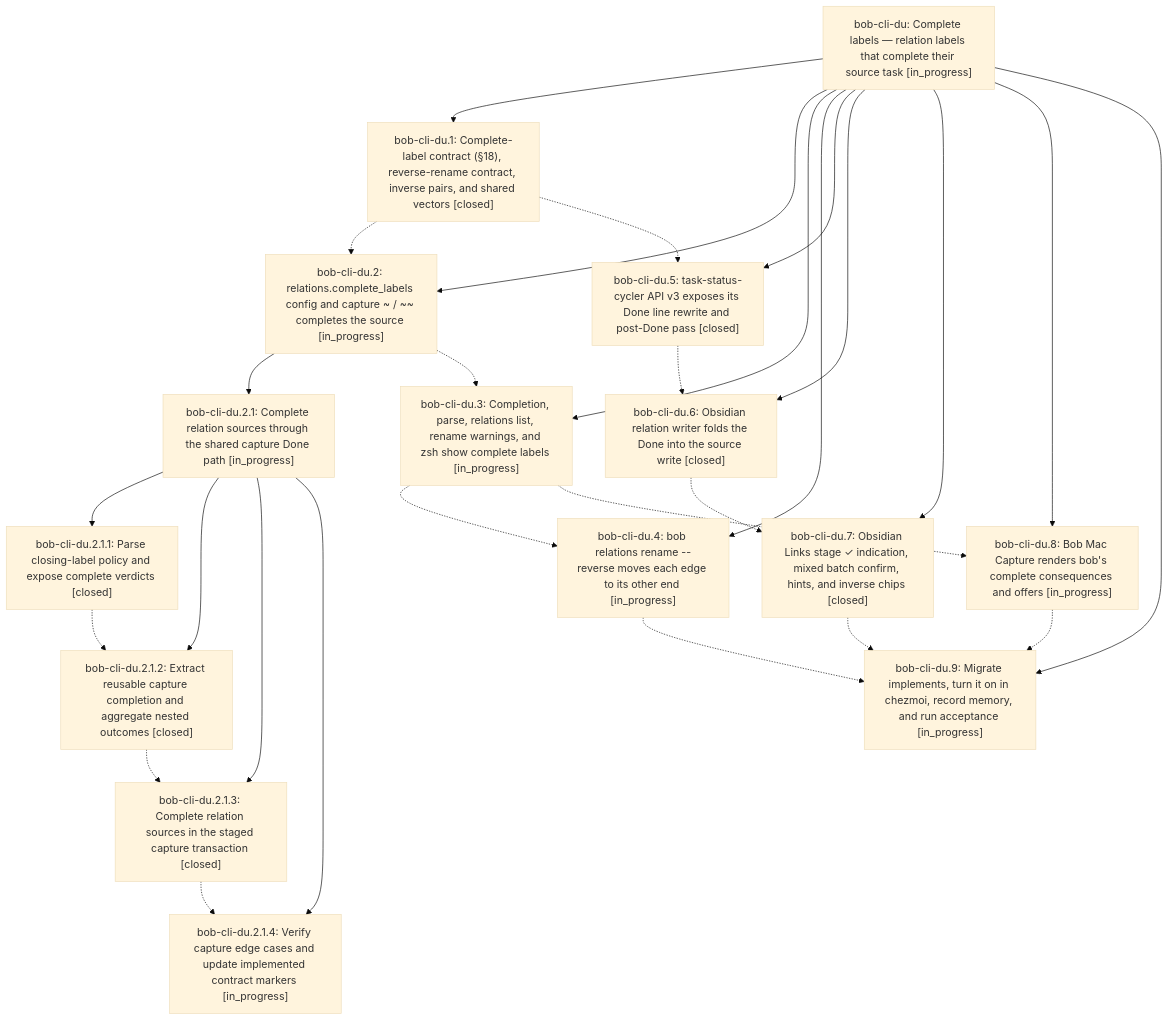
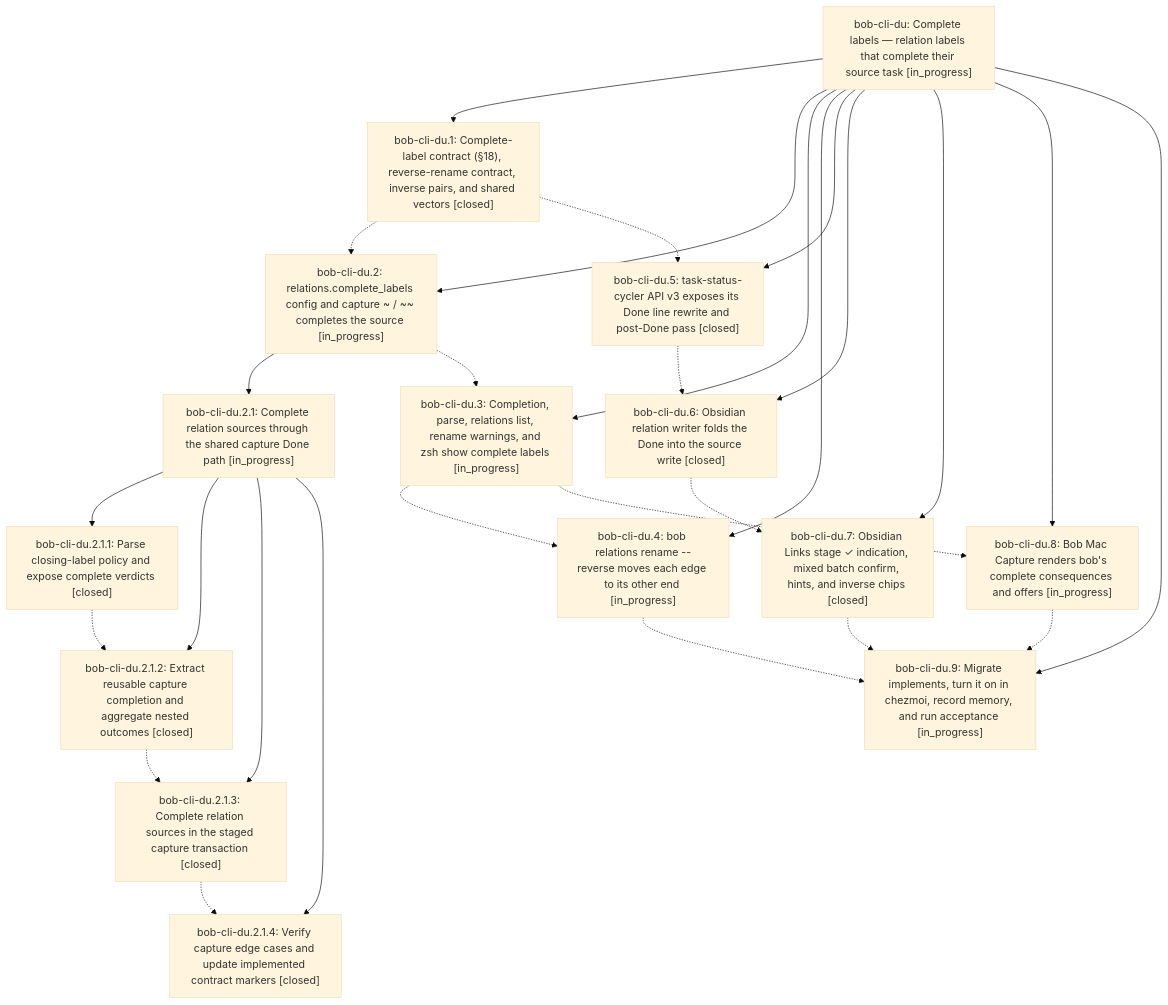
The diagram in pages/bob-cli-du/README.md (bobs-org/bob-cli--beads), drawn with Mermaid (base theme) before and after one commit. The commit also changed other lines of this file and 2 other files, not shown here.

First line of the commit message:
chore(beads): sync bead state and pages for bob-cli-du

````diff
--- a/pages/bob-cli-du/README.md
+++ b/pages/bob-cli-du/README.md
@@ -44,45 +44,45 @@
 ```mermaid
 flowchart TD
     n0["bob-cli-du: Complete labels — relation labels that complete their source task [in_progress]"]
     n1["bob-cli-du.1: Complete-label contract (§18), reverse-rename contract, inverse pairs, and shared vectors [closed]"]
     n2["bob-cli-du.2: relations.complete_labels config and capture ~ / ~~ completes the source [in_progress]"]
     n3["bob-cli-du.2.1: Complete relation sources through the shared capture Done path [in_progress]"]
     n4["bob-cli-du.2.1.1: Parse closing-label policy and expose complete verdicts [closed]"]
     n5["bob-cli-du.2.1.2: Extract reusable capture completion and aggregate nested outcomes [closed]"]
     n6["bob-cli-du.2.1.3: Complete relation sources in the staged capture transaction [closed]"]
-    n7["bob-cli-du.2.1.4: Verify capture edge cases and update implemented contract markers [in_progress]"]
+    n7["bob-cli-du.2.1.4: Verify capture edge cases and update implemented contract markers [closed]"]
     n8["bob-cli-du.3: Completion, parse, relations list, rename warnings, and zsh show complete labels [in_progress]"]
     n9["bob-cli-du.4: bob relations rename --reverse moves each edge to its other end [in_progress]"]
     n10["bob-cli-du.5: task-status-cycler API v3 exposes its Done line rewrite and post-Done pass [closed]"]
     n11["bob-cli-du.6: Obsidian relation writer folds the Done into the source write [closed]"]
     n12["bob-cli-du.7: Obsidian Links stage ✓ indication, mixed batch confirm, hints, and inverse chips [closed]"]
     n13["bob-cli-du.8: Bob Mac Capture renders bob's complete consequences and offers [in_progress]"]
     n14["bob-cli-du.9: Migrate implements, turn it on in chezmoi, record memory, and run acceptance [in_progress]"]
     n0 --> n1
     n0 --> n2
     n2 --> n3
     n3 --> n4
     n3 --> n5
     n3 --> n6
     n3 --> n7
     n0 --> n8
     n0 --> n9
     n0 --> n10
     n0 --> n11
     n0 --> n12
     n0 --> n13
     n0 --> n14
     n1 -.-> n2
     n1 -.-> n10
     n2 -.-> n8
     n4 -.-> n5
     n5 -.-> n6
     n6 -.-> n7
     n8 -.-> n9
     n8 -.-> n13
     n9 -.-> n14
     n10 -.-> n11
     n11 -.-> n12
     n12 -.-> n14
     n13 -.-> n14
 ```
````
